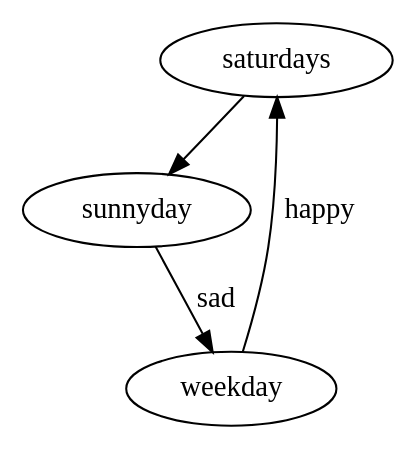
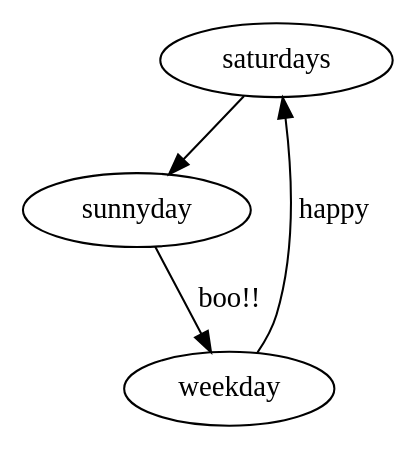
One commit to txts/txts changed the diagram in dot/dot1.dot. Above: the diagram before and after it, drawn with Graphviz. The commit also changed 5 other files, not shown here.

```diff
--- a/dot/dot1.dot
+++ b/dot/dot1.dot
@@ -1,6 +1,6 @@
 digraph {
   saturdays -> sunnyday 
-  sunnyday  -> weekday [label="sad"];
+  sunnyday  -> weekday [label="boo!!"];
   weekday -> saturdays [label="happy"];
   
 }
```
